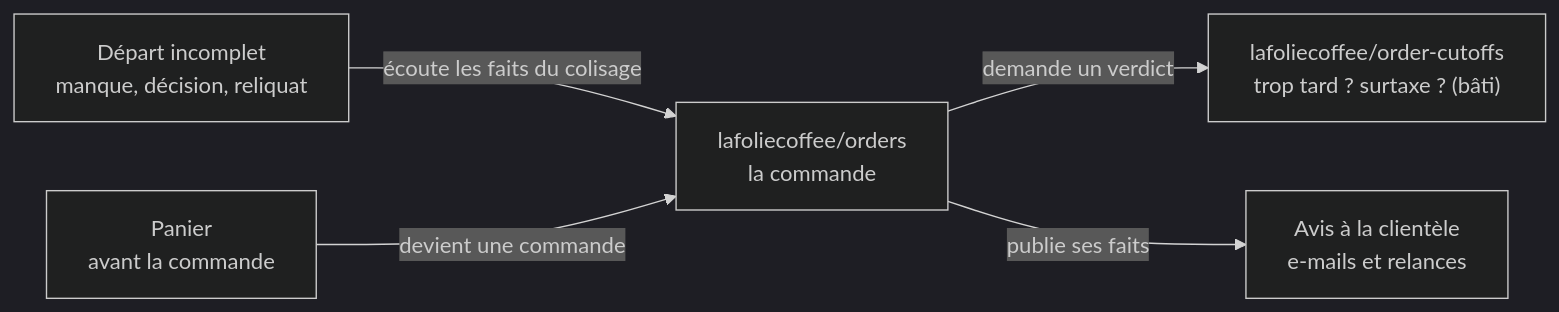
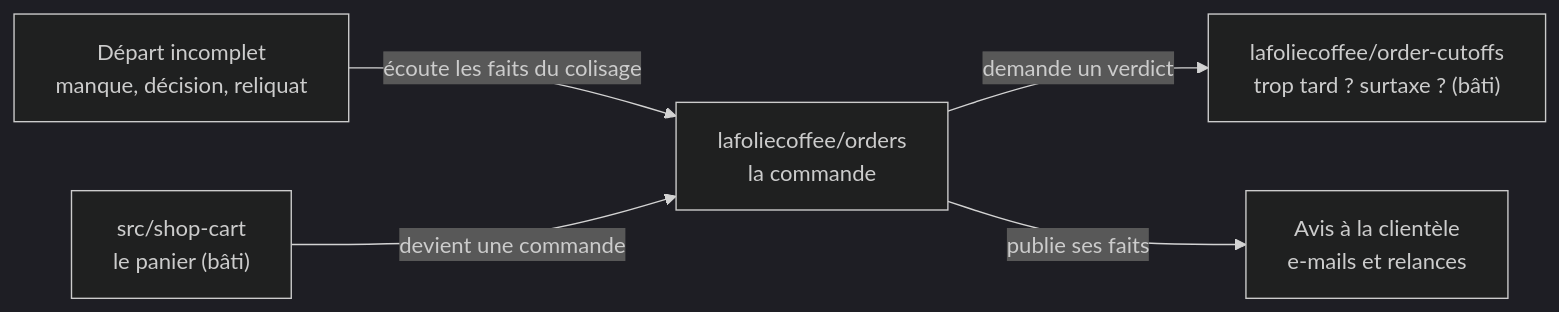
Before and after one commit to hugoheynard/lfd: the diagram in documentation/commandes/domaines-a-decouper.md, drawn with Mermaid (dark theme). The commit also changed other lines of this file and 4 other files, not shown here.

````diff
--- a/documentation/commandes/domaines-a-decouper.md
+++ b/documentation/commandes/domaines-a-decouper.md
@@ -27,12 +27,12 @@
 ```mermaid
 flowchart LR
   O["lafoliecoffee/orders<br/>la commande"]
   D["lafoliecoffee/order-cutoffs<br/>trop tard ? surtaxe ? (bâti)"]
   S["Départ incomplet<br/>manque, décision, reliquat"]
   M["Avis à la clientèle<br/>e-mails et relances"]
-  P["Panier<br/>avant la commande"]
+  P["src/shop-cart<br/>le panier (bâti)"]
   O -- "demande un verdict" --> D
   S -- "écoute les faits du colisage" --> O
   O -- "publie ses faits" --> M
   P -- "devient une commande" --> O
 ```
````
